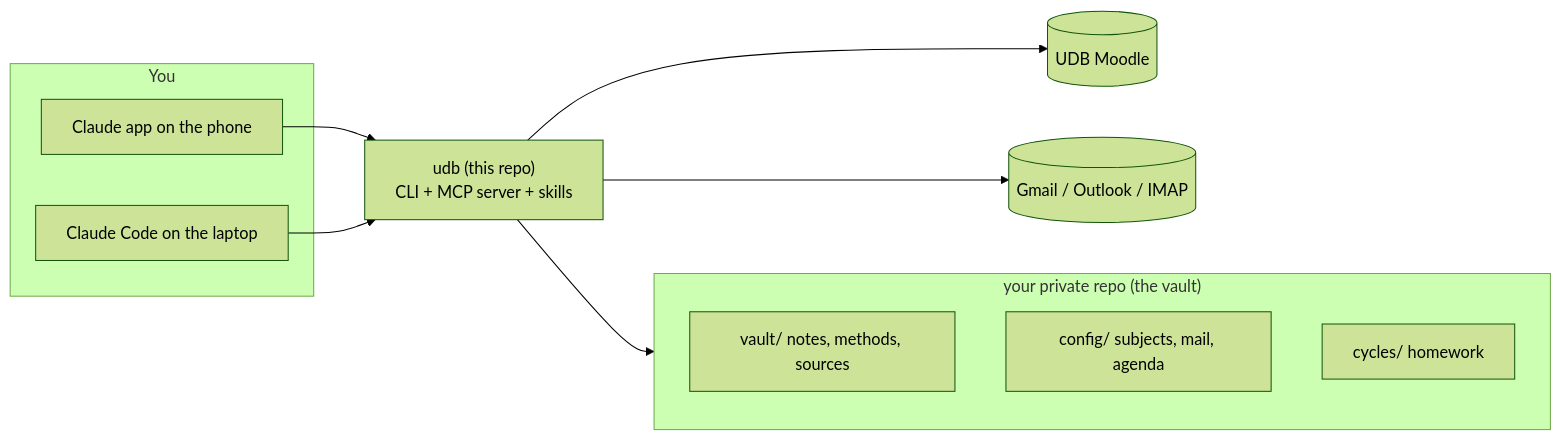
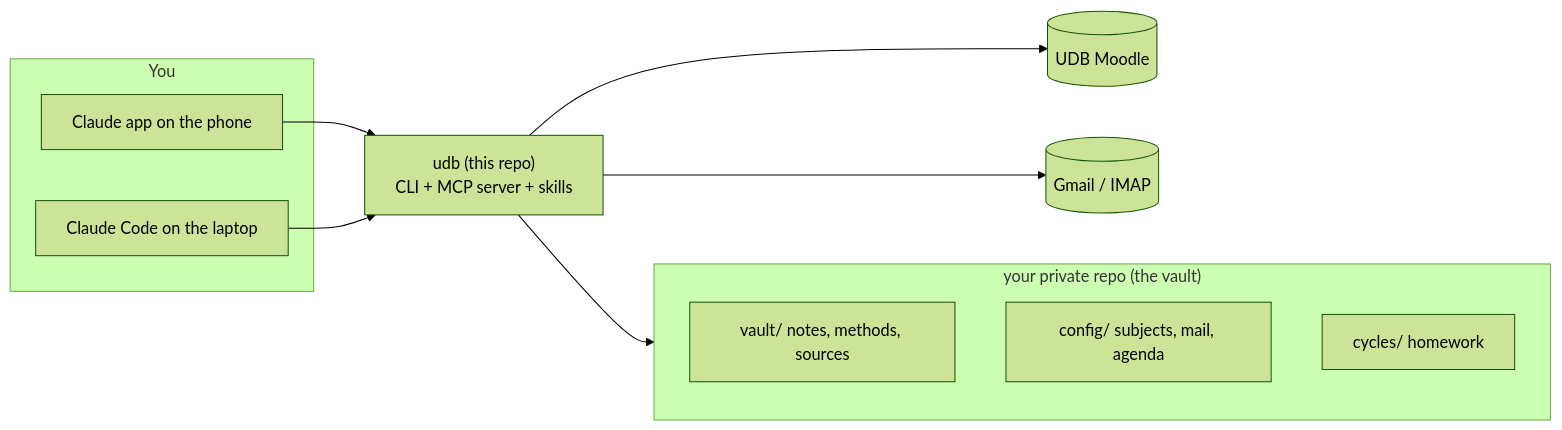
The diagram in README.md (franc1sc0sv/udb-copilot), drawn with Mermaid (forest theme) before and after one commit. The commit also changed other lines of this file and 31 other files, not shown here.

````diff
--- a/README.md
+++ b/README.md
@@ -35,20 +35,20 @@
 ```mermaid
 flowchart LR
   subgraph You
     phone[Claude app on the phone]
     laptop[Claude Code on the laptop]
   end
   subgraph data["your private repo (the vault)"]
     vault[vault/ notes, methods, sources]
     cfg[config/ subjects, mail, agenda]
     tasks[cycles/ homework]
   end
   engine["udb (this repo)<br/>CLI + MCP server + skills"]
   moodle[(UDB Moodle)]
-  mail[(Gmail / Outlook / IMAP)]
+  mail[(Gmail / IMAP)]
   phone --> engine
   laptop --> engine
   engine --> data
   engine --> moodle
   engine --> mail
 ```
````
